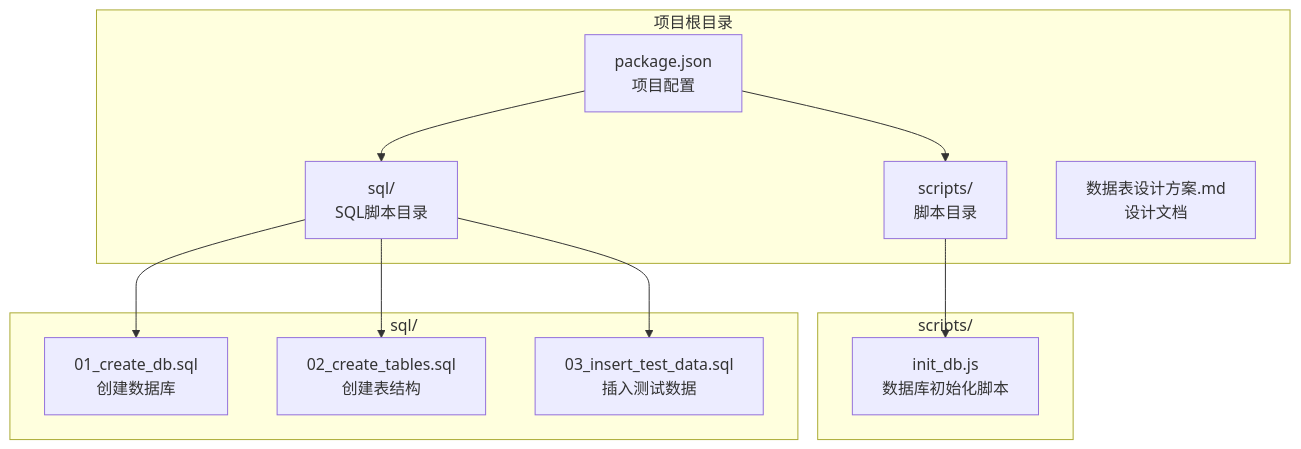
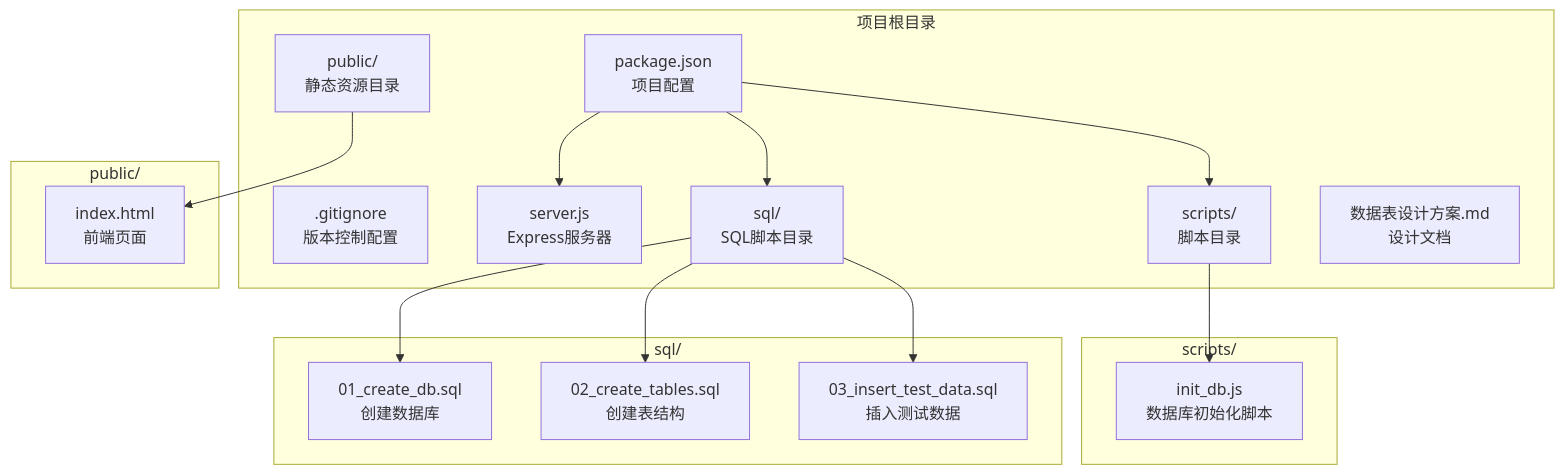
Before and after one commit to lane6008/fileTest: the second of 4 diagrams in .qoder/repowiki/zh/content/快速开始.md, drawn with Mermaid. The commit also changed other lines of this file and 2 other files, not shown here.

````diff
--- a/.qoder/repowiki/zh/content/快速开始.md
+++ b/.qoder/repowiki/zh/content/快速开始.md
@@ -34,23 +85,31 @@
 ```mermaid
 graph TB
 subgraph "项目根目录"
 PJSON["package.json<br/>项目配置"]
+GITIGNORE[".gitignore<br/>版本控制配置"]
+SERVER["server.js<br/>Express服务器"]
+PUBLIC["public/<br/>静态资源目录"]
 SCRIPTS["scripts/<br/>脚本目录"]
 SQL["sql/<br/>SQL脚本目录"]
 DOC["数据表设计方案.md<br/>设计文档"]
 end
 subgraph "scripts/"
 INIT["init_db.js<br/>数据库初始化脚本"]
 end
 subgraph "sql/"
 DBSQL["01_create_db.sql<br/>创建数据库"]
 TABLESQL["02_create_tables.sql<br/>创建表结构"]
 DATASQL["03_insert_test_data.sql<br/>插入测试数据"]
 end
+subgraph "public/"
+INDEX["index.html<br/>前端页面"]
+end
 SCRIPTS --> INIT
 SQL --> DBSQL
 SQL --> TABLESQL
 SQL --> DATASQL
+PUBLIC --> INDEX
 PJSON --> SCRIPTS
 PJSON --> SQL
+PJSON --> SERVER
 ```
````
